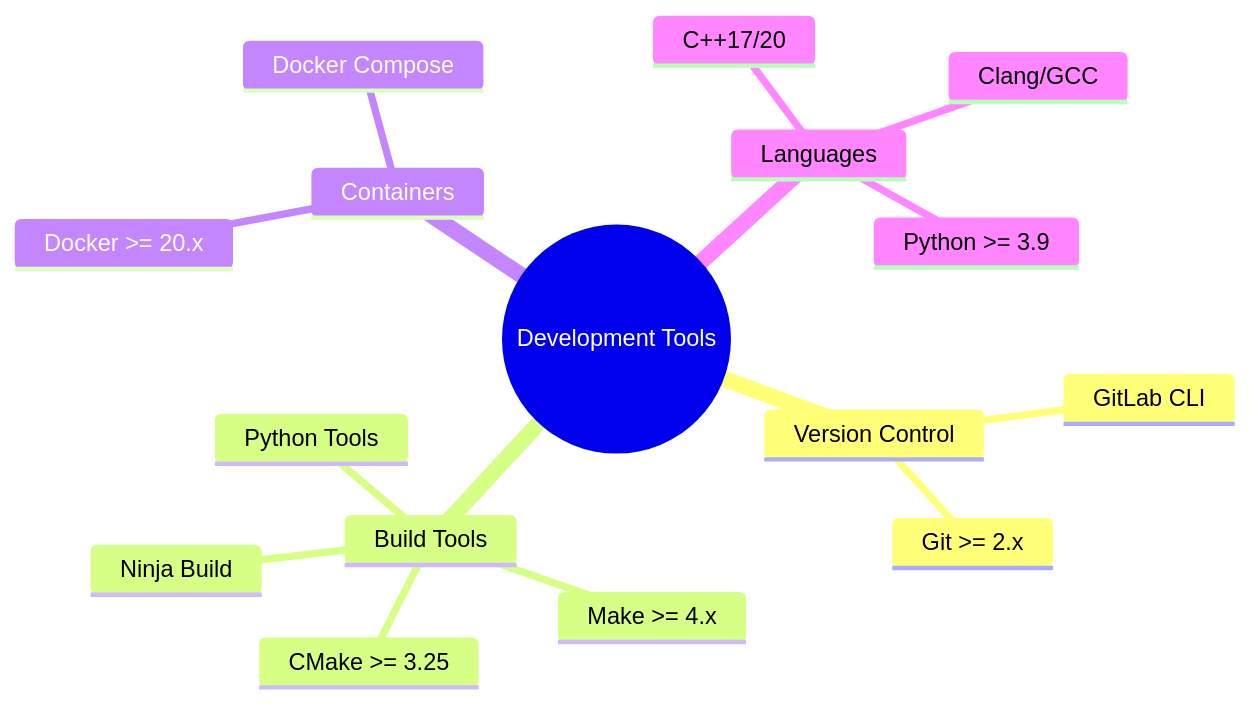
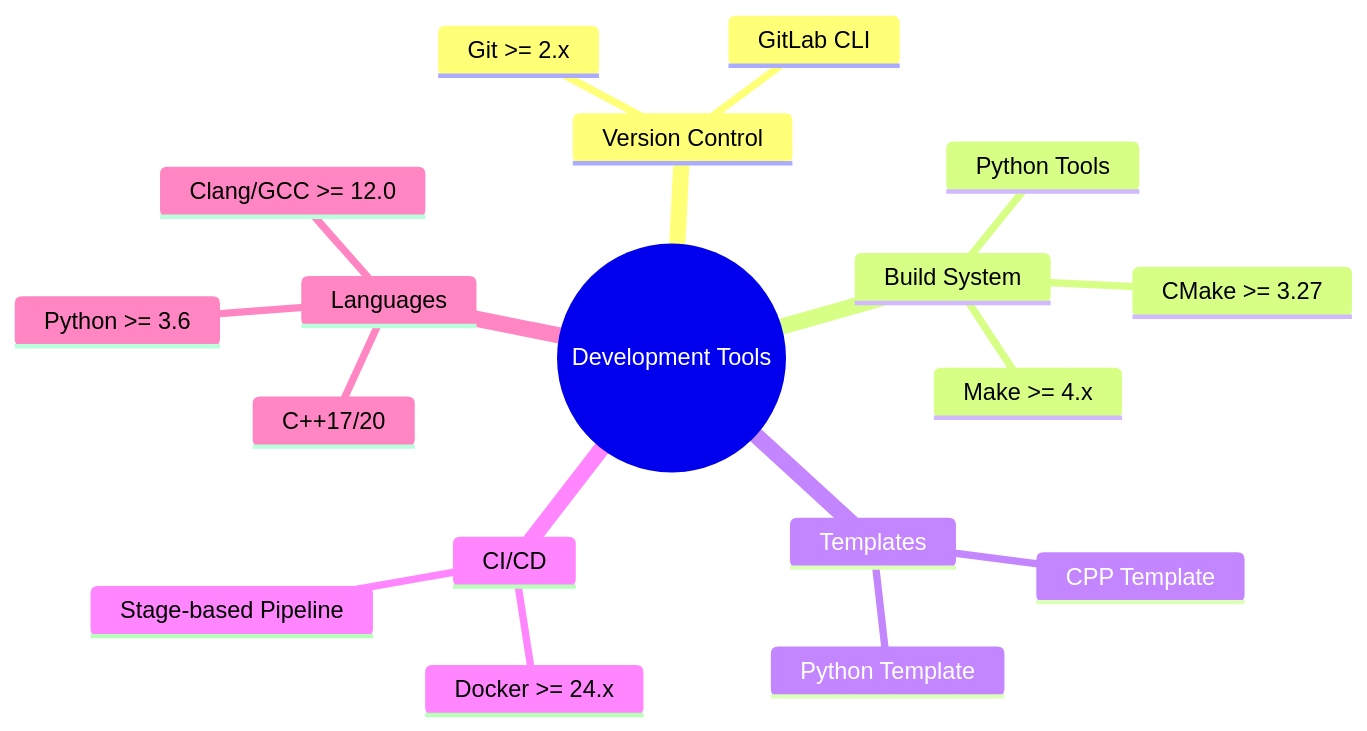
Before and after one commit to jlheater/test-project-123456: the diagram in memory-bank/techContext.md, drawn with Mermaid. The commit also changed other lines of this file and 9 other files, not shown here.

Commit message:
Remove legacy Makefile and language-specific build configurations, transitioning to a unified build system with generic targets for improved maintainability and clarity.

````diff
--- a/memory-bank/techContext.md
+++ b/memory-bank/techContext.md
@@ -42,19 +42,21 @@
 ```mermaid
 mindmap
   root((Development Tools))
     Version Control
       Git >= 2.x
       GitLab CLI
-    Build Tools
+    Build System
       Make >= 4.x
-      CMake >= 3.25
+      CMake >= 3.27
       Python Tools
-      Ninja Build
-    Containers
-      Docker >= 20.x
-      Docker Compose
+    Templates
+      CPP Template
+      Python Template
+    CI/CD
+      Stage-based Pipeline
+      Docker >= 24.x
     Languages
-      Python >= 3.9
+      Python >= 3.6
       C++17/20
-      Clang/GCC
+      Clang/GCC >= 12.0
 ```
````
